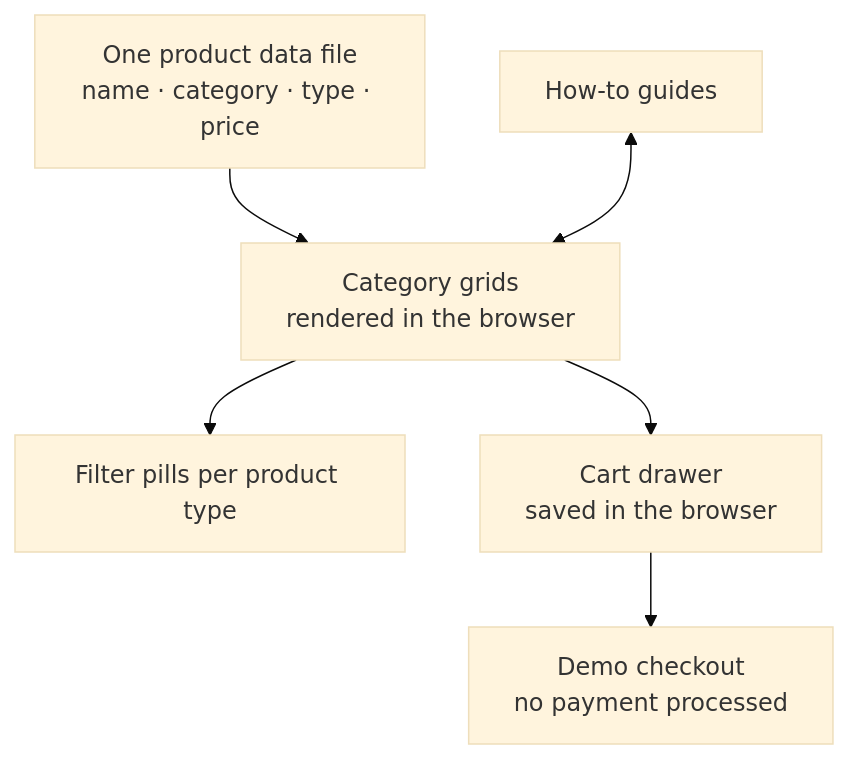
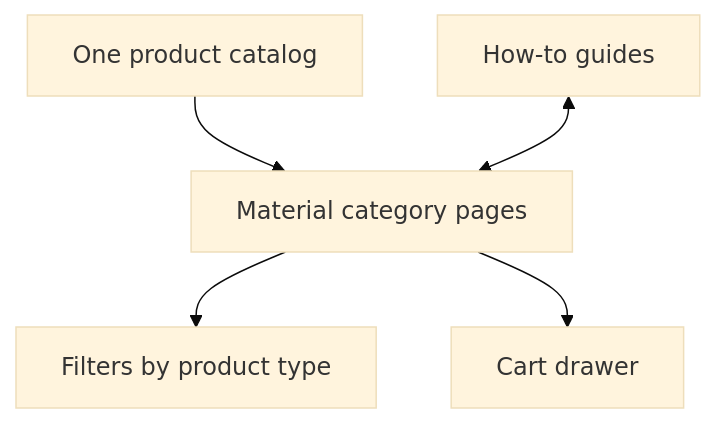
The diagram in README.md (DavisHiggins/Touch-Up-Solutions), drawn with Mermaid (base theme) before and after one commit. The commit also changed other lines of this file and 7 other files, not shown here.

````diff
--- a/README.md
+++ b/README.md
@@ -47,8 +51,7 @@
 ```mermaid
 flowchart TB
-    D[One product data file<br/>name · category · type · price] --> G[Category grids<br/>rendered in the browser]
-    G --> F[Filter pills per product type]
-    G --> C[Cart drawer<br/>saved in the browser]
+    D[One product catalog] --> G[Material category pages]
+    G --> F[Filters by product type]
+    G --> C[Cart drawer]
     H[How-to guides] <--> G
-    C --> X[Demo checkout<br/>no payment processed]
 ```
````
